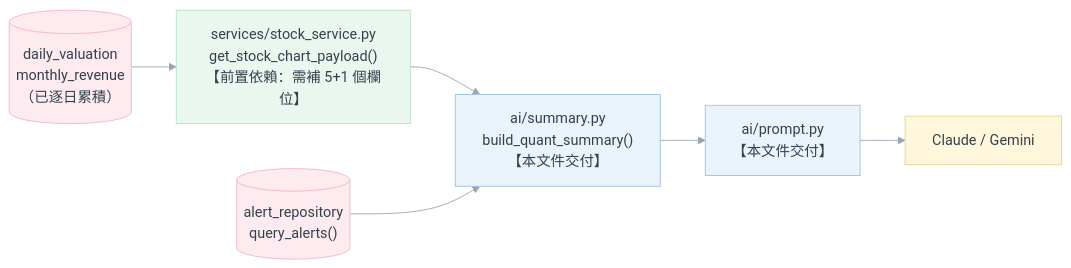
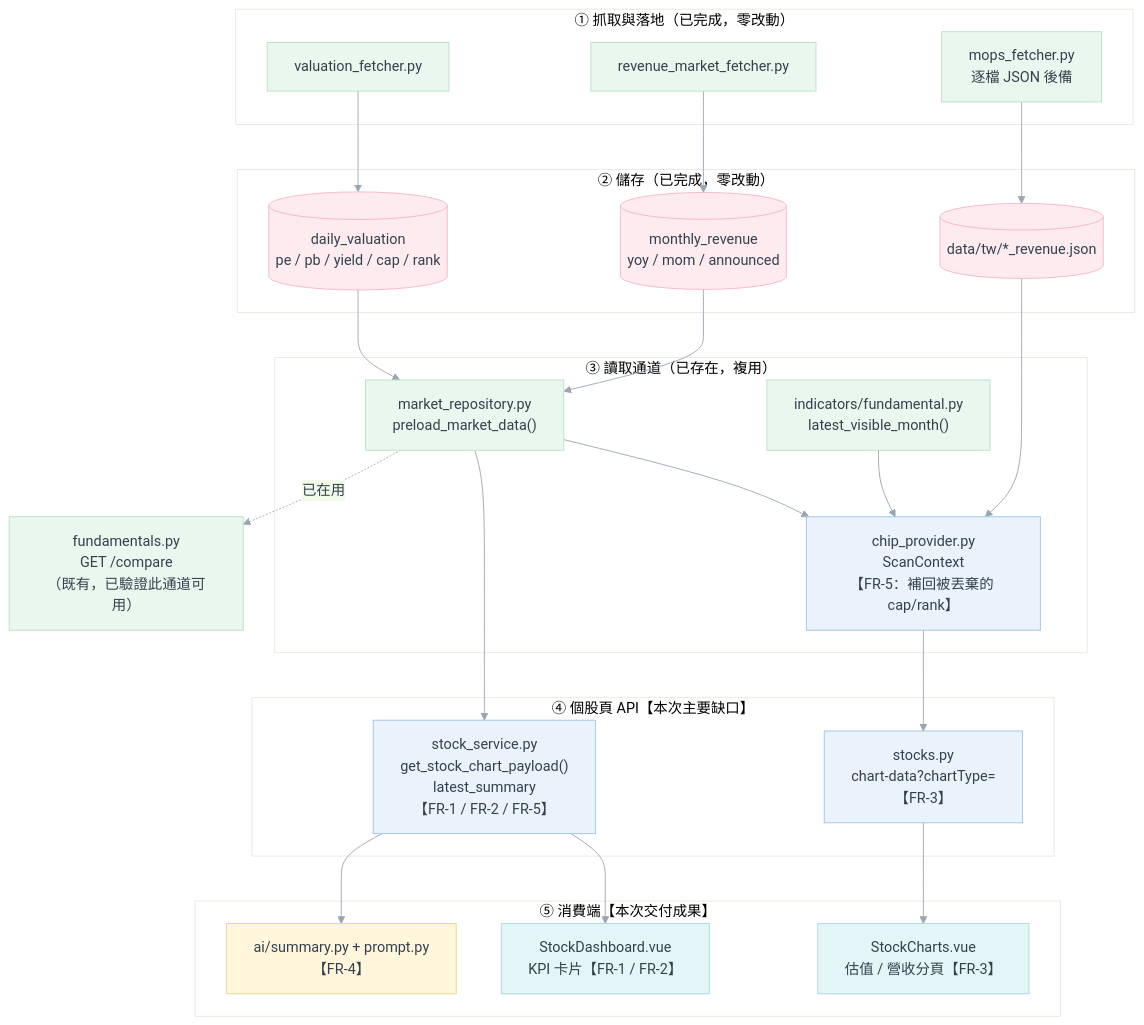
Before and after one commit to jacksonlee-tw/mystock-vue: the diagram in mystock-vue/docs/16.AI技術分析/Phase2-籌碼面與基本面量化擴充.md, drawn with Mermaid. The commit also changed other lines of this file and 4 other files, not shown here.

````diff
--- a/mystock-vue/docs/16.AI技術分析/Phase2-籌碼面與基本面量化擴充.md
+++ b/mystock-vue/docs/16.AI技術分析/Phase2-籌碼面與基本面量化擴充.md
@@ -81,27 +302,73 @@
 ```mermaid
 %%{init: {
   "theme": "base",
   "themeVariables": {
     "background": "#ffffff",
     "primaryColor": "#EAF2FB",
     "primaryBorderColor": "#9EC2E6",
     "primaryTextColor": "#33414F",
     "lineColor": "#9AA5B1",
     "textColor": "#33414F",
     "fontFamily": "Segoe UI, sans-serif"
   }
 }}%%
-flowchart LR
-    DB[("daily_valuation<br/>monthly_revenue<br/>（已逐日累積）")] --> SVC["services/stock_service.py<br/>get_stock_chart_payload()<br/>【前置依賴：需補 5+1 個欄位】"]
-    SVC --> SUM["ai/summary.py<br/>build_quant_summary()<br/>【本文件交付】"]
-    ALERT[("alert_repository<br/>query_alerts()")] --> SUM
-    SUM --> PROMPT["ai/prompt.py<br/>【本文件交付】"]
-    PROMPT --> LLM["Claude / Gemini"]
+flowchart TB
+    subgraph SRC ["① 抓取與落地（已完成，零改動）"]
+        VF["valuation_fetcher.py"]
+        RF["revenue_market_fetcher.py"]
+        MF["mops_fetcher.py<br/>逐檔 JSON 後備"]
+    end
 
-    style DB fill:#FDEBEF,stroke:#F3B6C4
-    style ALERT fill:#FDEBEF,stroke:#F3B6C4
-    style SVC fill:#EAF7EE,stroke:#B7E0C4
-    style SUM fill:#EAF2FB,stroke:#9EC2E6
-    style PROMPT fill:#EAF2FB,stroke:#9EC2E6
-    style LLM fill:#FFF6DC,stroke:#E8D48B
+    subgraph DB ["② 儲存（已完成，零改動）"]
+        DV[("daily_valuation<br/>pe / pb / yield / cap / rank")]
+        MR[("monthly_revenue<br/>yoy / mom / announced")]
+        RJ[("data/tw/*_revenue.json")]
+    end
+
+    subgraph READ ["③ 讀取通道（已存在，複用）"]
+        PRE["market_repository.py<br/>preload_market_data()"]
+        CP["chip_provider.py<br/>ScanContext<br/>【FR-5：補回被丟棄的 cap/rank】"]
+        VIS["indicators/fundamental.py<br/>latest_visible_month()"]
+    end
+
+    subgraph API ["④ 個股頁 API【本次主要缺口】"]
+        SVC["stock_service.py<br/>get_stock_chart_payload()<br/>latest_summary<br/>【FR-1 / FR-2 / FR-5】"]
+        CD["stocks.py<br/>chart-data?chartType=<br/>【FR-3】"]
+    end
+
+    subgraph OUT ["⑤ 消費端【本次交付成果】"]
+        KPI["StockDashboard.vue<br/>KPI 卡片【FR-1 / FR-2】"]
+        CHT["StockCharts.vue<br/>估值 / 營收分頁【FR-3】"]
+        AI["ai/summary.py + prompt.py<br/>【FR-4】"]
+    end
+
+    CMP["fundamentals.py<br/>GET /compare<br/>（既有，已驗證此通道可用）"]
+
+    VF --> DV
+    RF --> MR
+    MF --> RJ
+    DV --> PRE
+    MR --> PRE
+    RJ --> CP
+    PRE --> CP
+    VIS --> CP
+    PRE --> SVC
+    CP --> CD
+    SVC --> KPI
+    SVC --> AI
+    CD --> CHT
+    PRE -.已在用.-> CMP
+
+    style VF fill:#EAF7EE,stroke:#B7E0C4
+    style RF fill:#EAF7EE,stroke:#B7E0C4
+    style MF fill:#EAF7EE,stroke:#B7E0C4
+    style DV fill:#FDEBEF,stroke:#F3B6C4
+    style MR fill:#FDEBEF,stroke:#F3B6C4
+    style RJ fill:#FDEBEF,stroke:#F3B6C4
+    style PRE fill:#EAF7EE,stroke:#B7E0C4
+    style VIS fill:#EAF7EE,stroke:#B7E0C4
+    style CMP fill:#EAF7EE,stroke:#B7E0C4
+    style KPI fill:#E4F5F7,stroke:#A5D8DF
+    style CHT fill:#E4F5F7,stroke:#A5D8DF
+    style AI fill:#FFF6DC,stroke:#E8D48B
 ```
````
